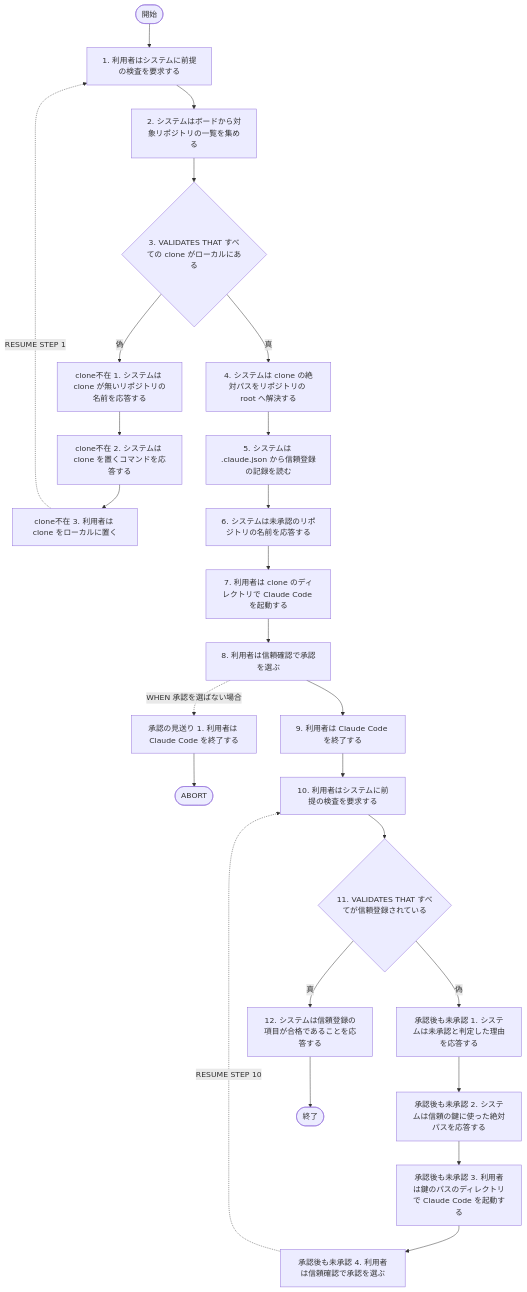
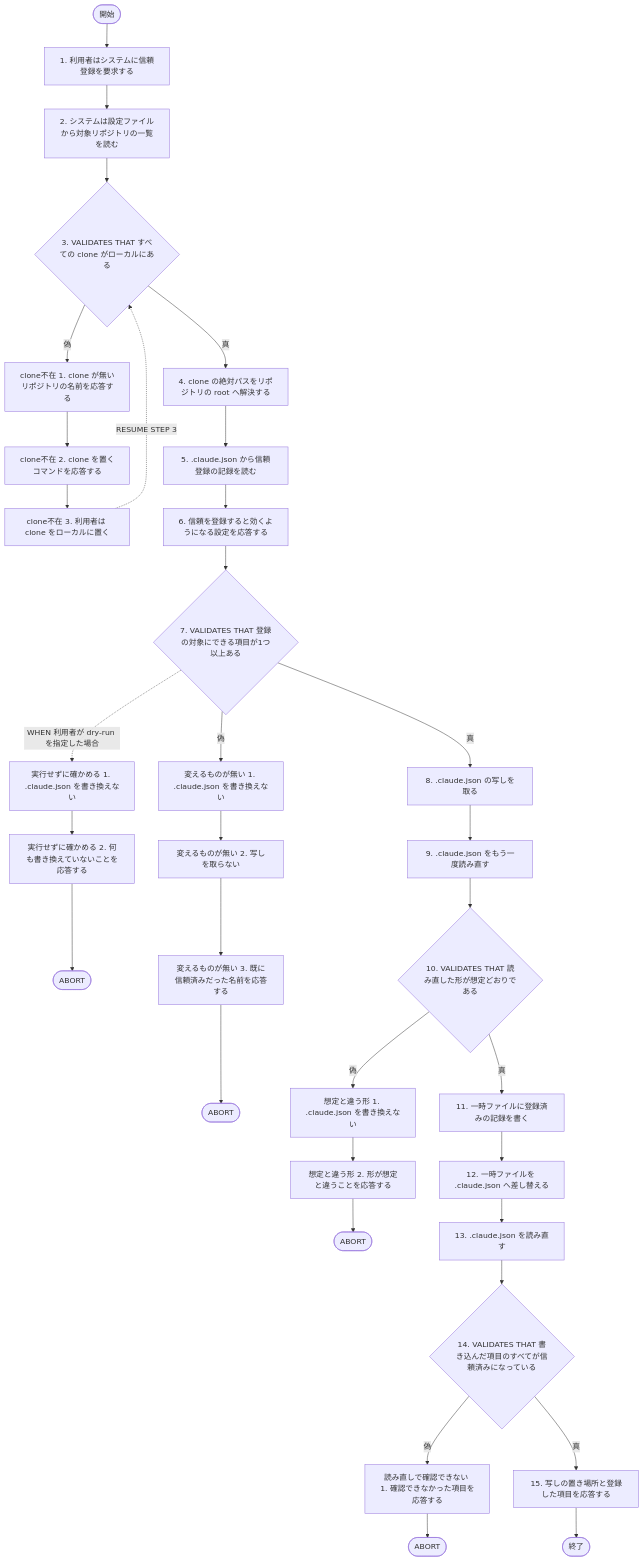
One commit to maimuzo/continuo changed the first of 2 diagrams in docs/spec/usecases/particular_case/対象リポジトリを信頼登録する.rucm.md. Above: the diagram before and after it, drawn with Mermaid. The commit also changed other lines of this file and 81 other files, not shown here.

````diff
--- a/docs/spec/usecases/particular_case/対象リポジトリを信頼登録する.rucm.md
+++ b/docs/spec/usecases/particular_case/対象リポジトリを信頼登録する.rucm.md
@@ -69,27 +85,35 @@
 ```mermaid
 flowchart TD
-    START([開始]) --> B1["1. 利用者はシステムに前提の検査を要求する"]
-    B1 --> B2["2. システムはボードから対象リポジトリの一覧を集める"]
+    START([開始]) --> B1["1. 利用者はシステムに信頼登録を要求する"]
+    B1 --> B2["2. システムは設定ファイルから対象リポジトリの一覧を読む"]
     B2 --> B3{"3. VALIDATES THAT すべての clone がローカルにある"}
-    B3 -- 偽 --> C1["clone不在 1. システムは clone が無いリポジトリの名前を応答する"]
-    C1 --> C2["clone不在 2. システムは clone を置くコマンドを応答する"]
+    B3 -- 偽 --> C1["clone不在 1. clone が無いリポジトリの名前を応答する"]
+    C1 --> C2["clone不在 2. clone を置くコマンドを応答する"]
     C2 --> C3["clone不在 3. 利用者は clone をローカルに置く"]
-    C3 -. "RESUME STEP 1" .-> B1
-    B3 -- 真 --> B4["4. システムは clone の絶対パスをリポジトリの root へ解決する"]
-    B4 --> B5["5. システムは .claude.json から信頼登録の記録を読む"]
-    B5 --> B6["6. システムは未承認のリポジトリの名前を応答する"]
-    B6 --> B7["7. 利用者は clone のディレクトリで Claude Code を起動する"]
-    B7 --> B8["8. 利用者は信頼確認で承認を選ぶ"]
-    B8 -. "WHEN 承認を選ばない場合" .-> G1["承認の見送り 1. 利用者は Claude Code を終了する"]
-    G1 --> GEND([ABORT])
-    B8 --> B9["9. 利用者は Claude Code を終了する"]
-    B9 --> B10["10. 利用者はシステムに前提の検査を要求する"]
-    B10 --> B11{"11. VALIDATES THAT すべてが信頼登録されている"}
-    B11 -- 偽 --> R1["承認後も未承認 1. システムは未承認と判定した理由を応答する"]
-    R1 --> R2["承認後も未承認 2. システムは信頼の鍵に使った絶対パスを応答する"]
-    R2 --> R3["承認後も未承認 3. 利用者は鍵のパスのディレクトリで Claude Code を起動する"]
-    R3 --> R4["承認後も未承認 4. 利用者は信頼確認で承認を選ぶ"]
-    R4 -. "RESUME STEP 10" .-> B10
-    B11 -- 真 --> B12["12. システムは信頼登録の項目が合格であることを応答する"]
-    B12 --> END([終了])
+    C3 -. "RESUME STEP 3" .-> B3
+    B3 -- 真 --> B4["4. clone の絶対パスをリポジトリの root へ解決する"]
+    B4 --> B5["5. .claude.json から信頼登録の記録を読む"]
+    B5 --> B6["6. 信頼を登録すると効くようになる設定を応答する"]
+    B6 --> B7{"7. VALIDATES THAT 登録の対象にできる項目が1つ以上ある"}
+    B7 -. "WHEN 利用者が dry-run を指定した場合" .-> G1["実行せずに確かめる 1. .claude.json を書き換えない"]
+    G1 --> G2["実行せずに確かめる 2. 何も書き換えていないことを応答する"]
+    G2 --> GEND([ABORT])
+    B7 -- 偽 --> N1["変えるものが無い 1. .claude.json を書き換えない"]
+    N1 --> N2["変えるものが無い 2. 写しを取らない"]
+    N2 --> N3["変えるものが無い 3. 既に信頼済みだった名前を応答する"]
+    N3 --> NEND([ABORT])
+    B7 -- 真 --> B8["8. .claude.json の写しを取る"]
+    B8 --> B9["9. .claude.json をもう一度読み直す"]
+    B9 --> B10{"10. VALIDATES THAT 読み直した形が想定どおりである"}
+    B10 -- 偽 --> S1["想定と違う形 1. .claude.json を書き換えない"]
+    S1 --> S2["想定と違う形 2. 形が想定と違うことを応答する"]
+    S2 --> SEND([ABORT])
+    B10 -- 真 --> B11["11. 一時ファイルに登録済みの記録を書く"]
+    B11 --> B12["12. 一時ファイルを .claude.json へ差し替える"]
+    B12 --> B13["13. .claude.json を読み直す"]
+    B13 --> B14{"14. VALIDATES THAT 書き込んだ項目のすべてが信頼済みになっている"}
+    B14 -- 偽 --> V1["読み直しで確認できない 1. 確認できなかった項目を応答する"]
+    V1 --> VEND([ABORT])
+    B14 -- 真 --> B15["15. 写しの置き場所と登録した項目を応答する"]
+    B15 --> END([終了])
 ```
````
